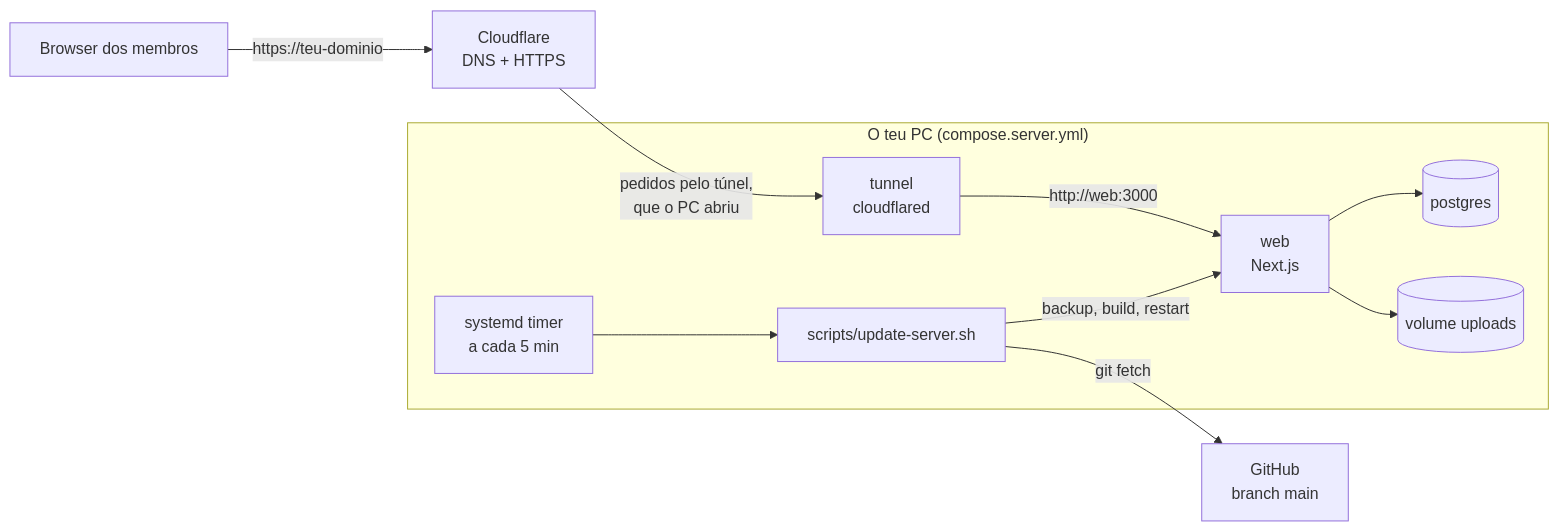
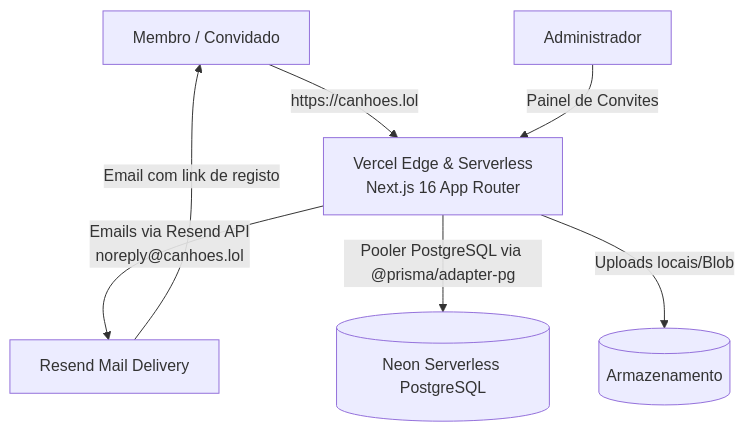
One commit to joaopachecowork1/Canhoes changed the diagram in docs/09-deploy.md. Above: the diagram before and after it, drawn with Mermaid. The commit also changed other lines of this file and 59 other files, not shown here.

````diff
--- a/docs/09-deploy.md
+++ b/docs/09-deploy.md
@@ -7,13 +5,9 @@
 ```mermaid
-flowchart LR
-  B[Browser dos membros] -->|https://teu-dominio| CF[Cloudflare<br/>DNS + HTTPS]
-  CF -->|pedidos pelo túnel,<br/>que o PC abriu| T
-  subgraph PC["O teu PC (compose.server.yml)"]
-    T[tunnel<br/>cloudflared] -->|http://web:3000| W[web<br/>Next.js]
-    W --> P[(postgres)]
-    W --> U[(volume uploads)]
-    TM[systemd timer<br/>a cada 5 min] --> S[scripts/update-server.sh]
-    S -->|backup, build, restart| W
-  end
-  S -->|git fetch| GH[GitHub<br/>branch main]
+flowchart TD
+  User[Membro / Convidado] -->|https://canhoes.lol| Vercel[Vercel Edge & Serverless<br/>Next.js 16 App Router]
+  Admin[Administrador] -->|Painel de Convites| Vercel
+  Vercel -->|Emails via Resend API<br/>noreply@canhoes.lol| Resend[Resend Mail Delivery]
+  Resend -->|Email com link de registo| User
+  Vercel -->|Pooler PostgreSQL via @prisma/adapter-pg| Neon[(Neon Serverless PostgreSQL)]
+  Vercel -->|Uploads locais/Blob| Storage[(Armazenamento)]
 ```
````
